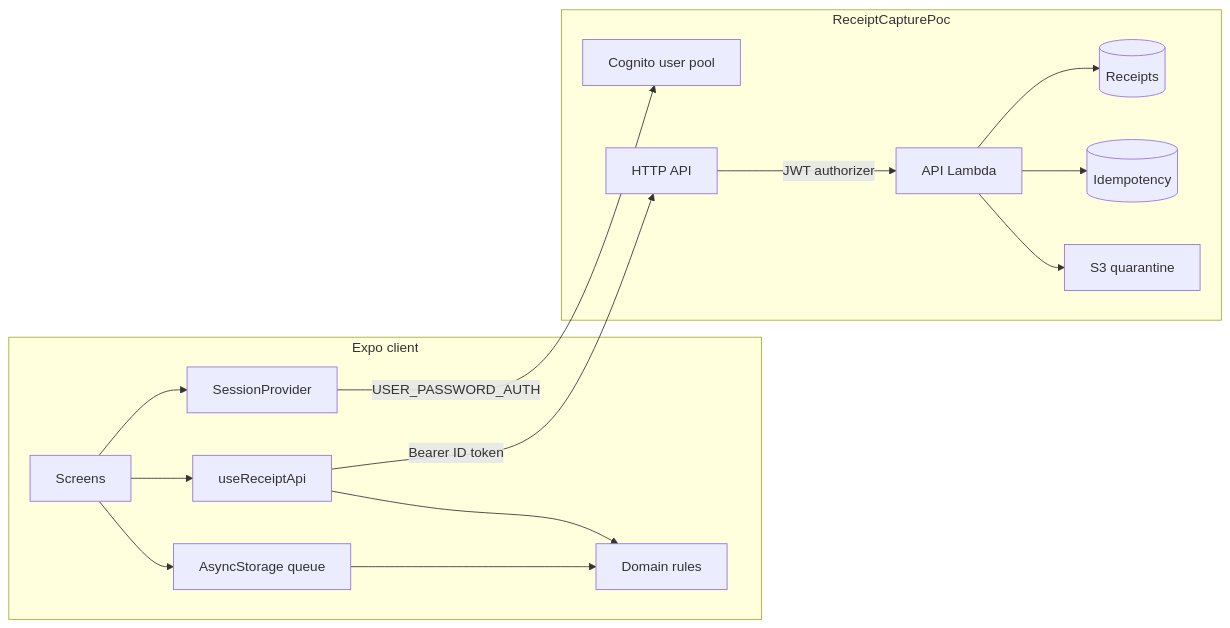
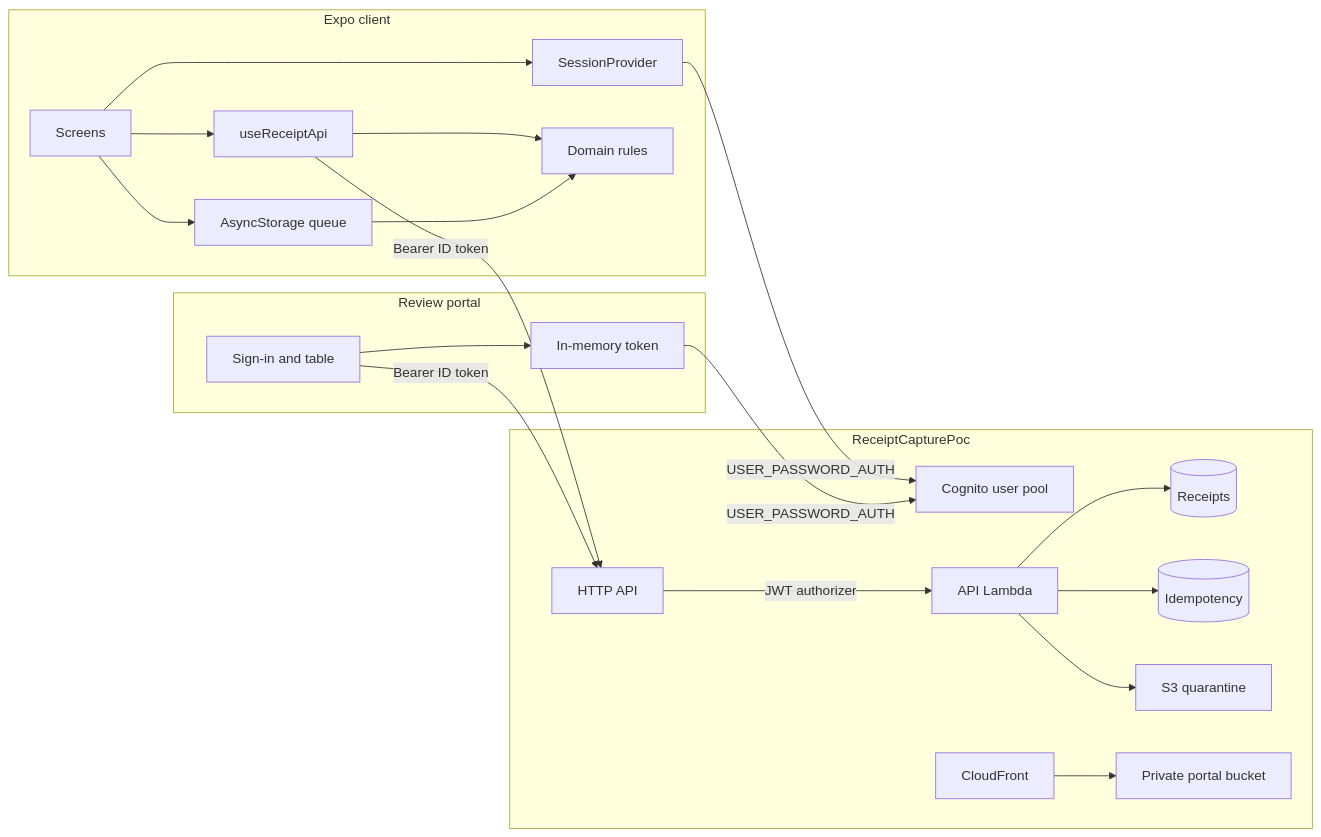
The diagram in README.md (simcoder/receipt-capture), drawn with Mermaid before and after one commit. The commit also changed other lines of this file and 32 other files, not shown here.

First line of the commit message:
Add a public review portal that reads the receipts the phone already submitted.

````diff
--- a/README.md
+++ b/README.md
@@ -11,29 +11,39 @@
 ```mermaid
 flowchart LR
   subgraph client [Expo client]
     Screens[Screens]
     Session[SessionProvider]
     ApiHook[useReceiptApi]
     Queue[AsyncStorage queue]
     Domain[Domain rules]
   end
+  subgraph portal [Review portal]
+    Pages[Sign-in and table]
+    Memory[In-memory token]
+  end
   subgraph aws [ReceiptCapturePoc]
     Cognito[Cognito user pool]
     HttpApi[HTTP API]
     Lambda[API Lambda]
     Receipts[(Receipts)]
     Idempotency[(Idempotency)]
     Quarantine[S3 quarantine]
+    CloudFront[CloudFront]
+    Site[Private portal bucket]
   end
   Screens --> Session
   Screens --> ApiHook
   Screens --> Queue
   ApiHook --> Domain
   Queue --> Domain
   Session -->|USER_PASSWORD_AUTH| Cognito
   ApiHook -->|Bearer ID token| HttpApi
+  Pages --> Memory
+  Memory -->|USER_PASSWORD_AUTH| Cognito
+  Pages -->|Bearer ID token| HttpApi
+  CloudFront --> Site
   HttpApi -->|JWT authorizer| Lambda
   Lambda --> Receipts
   Lambda --> Idempotency
   Lambda --> Quarantine
 ```
````
